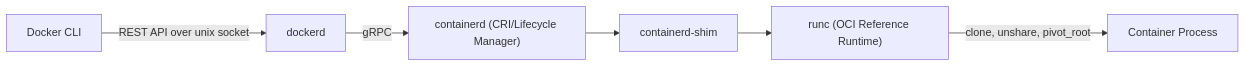
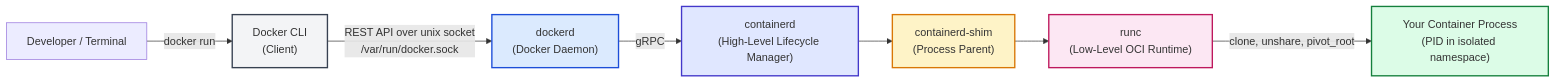
Before and after one commit to PandeyKishan/Study-Notes: the seventh of 7 diagrams in 01-Docker/01-Core-Concepts-and-Architecture.md, drawn with Mermaid. The commit also changed other lines of this file and 20 other files, not shown here.

````diff
--- a/01-Docker/01-Core-Concepts-and-Architecture.md
+++ b/01-Docker/01-Core-Concepts-and-Architecture.md
@@ -111,8 +278,16 @@
 ```mermaid
 flowchart LR
-    CLI["Docker CLI"] -->|REST API over unix socket| Daemon["dockerd"]
-    Daemon -->|gRPC| Containerd["containerd (CRI/Lifecycle Manager)"]
-    Containerd --> Shim["containerd-shim"]
-    Shim --> Runc["runc (OCI Reference Runtime)"]
-    Runc -->|clone, unshare, pivot_root| ContainerProcess["Container Process"]
+    User["Developer / Terminal"] -->|docker run| CLI["Docker CLI\n(Client)"]
+    CLI -->|REST API over unix socket\n/var/run/docker.sock| Daemon["dockerd\n(Docker Daemon)"]
+    Daemon -->|gRPC| Cntd["containerd\n(High-Level Lifecycle Manager)"]
+    Cntd --> Shim["containerd-shim\n(Process Parent)"]
+    Shim --> Runc["runc\n(Low-Level OCI Runtime)"]
+    Runc -->|clone, unshare, pivot_root| AppProc["Your Container Process\n(PID in isolated namespace)"]
+
+    style CLI fill:#f3f4f6,stroke:#374151,stroke-width:2px
+    style Daemon fill:#dbeafe,stroke:#1d4ed8,stroke-width:2px
+    style Cntd fill:#e0e7ff,stroke:#4338ca,stroke-width:2px
+    style Shim fill:#fef3c7,stroke:#d97706,stroke-width:2px
+    style Runc fill:#fce7f3,stroke:#be185d,stroke-width:2px
+    style AppProc fill:#dcfce7,stroke:#15803d,stroke-width:2px
 ```
````
